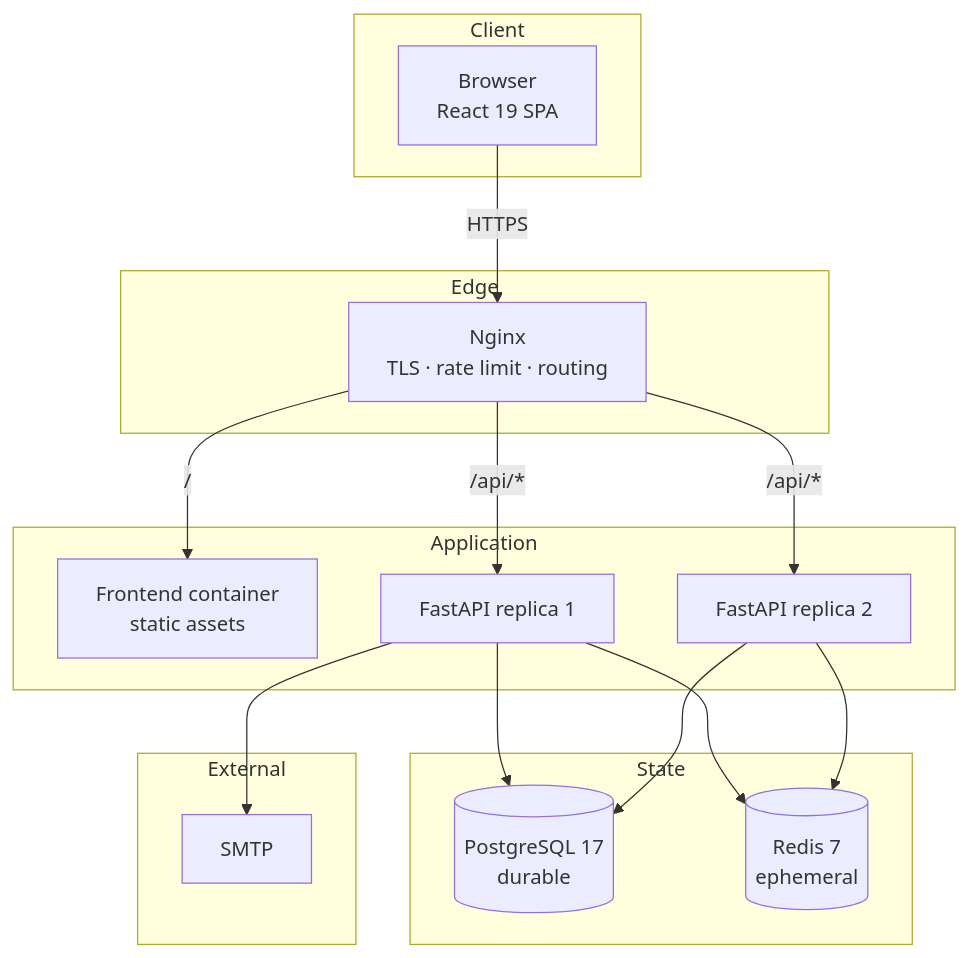
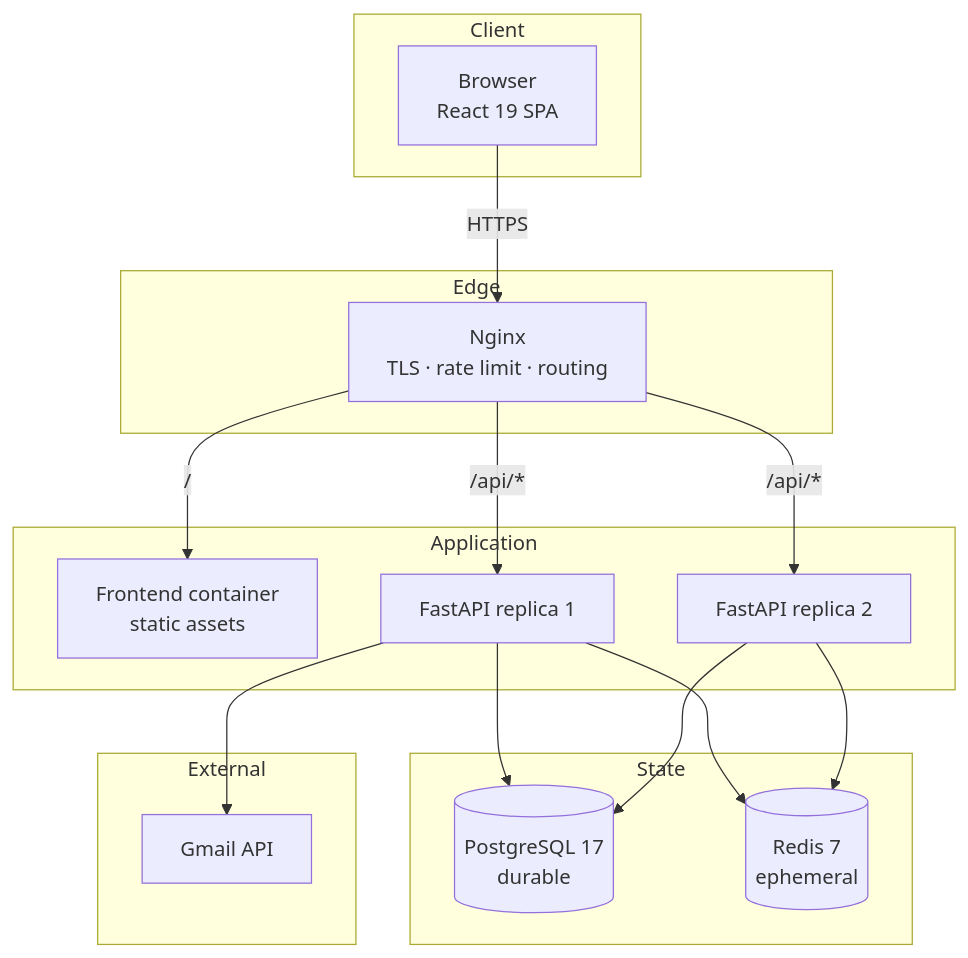
Before and after one commit to Madhur-Prakash/Personal-ERP: the first of 3 diagrams in docs/architecture.md, drawn with Mermaid. The commit also changed 15 other files, not shown here.

First line of the commit message:
feat: migrate from SMTP to Gmail API for email handling

````diff
--- a/docs/architecture.md
+++ b/docs/architecture.md
@@ -40,35 +40,35 @@
 ```mermaid
 graph TB
     subgraph Client
         B[Browser<br/>React 19 SPA]
     end
 
     subgraph Edge
         N[Nginx<br/>TLS · rate limit · routing]
     end
 
     subgraph Application
         F[Frontend container<br/>static assets]
         A1[FastAPI replica 1]
         A2[FastAPI replica 2]
     end
 
     subgraph State
         P[(PostgreSQL 17<br/>durable)]
         R[(Redis 7<br/>ephemeral)]
     end
 
     subgraph External
-        S[SMTP]
+        S[Gmail API]
     end
 
     B -->|HTTPS| N
     N -->|/| F
     N -->|/api/*| A1
     N -->|/api/*| A2
     A1 --> P
     A2 --> P
     A1 --> R
     A2 --> R
     A1 --> S
 ```
````
